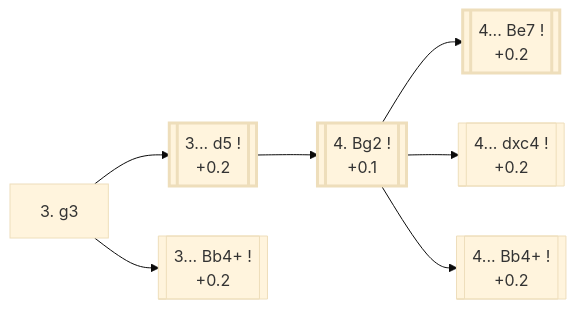
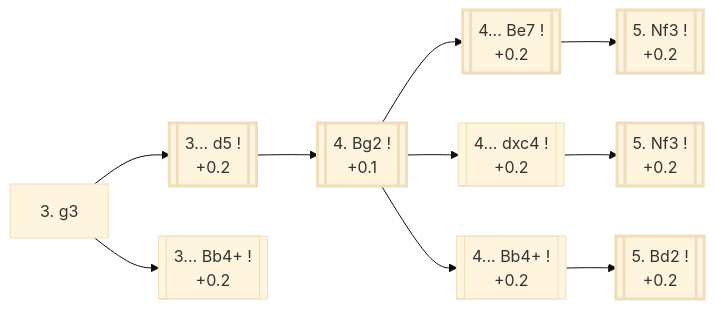
Before and after one commit to onclemarcel/chess_flashcards: the diagram in d4_openings/E00_Catalan.md, drawn with Mermaid (base theme). The commit also changed other lines of this file and 9 other files, not shown here.

````diff
--- a/d4_openings/E00_Catalan.md
+++ b/d4_openings/E00_Catalan.md
@@ -12,22 +12,29 @@
 ```mermaid
 flowchart LR
     classDef main stroke-width:3px;
 
     g3["3. g3"]
     click g3 "#_initial_move_" "E00 · Catalan Opening"
 
     g3 --> d5[["3... d5 !<br/>+0.2"]]:::main
     click d5 "#_d5_" "E00 · Catalan Opening"
     g3 --> Bb4[["3... Bb4+ !<br/>+0.2"]]
     click Bb4 "#_Bb4_" "E00 · Catalan Opening"
 
     d5 --> Bg2[["4. Bg2 !<br/>+0.1"]]:::main
     click Bg2 "#_Bg2_" "E00 · Catalan Opening"
 
     Bg2 --> Be7[["4... Be7 !<br/>+0.2"]]:::main
-    click Be7 "#_Bg2_" "E01 · Catalan Opening: Closed"
+    click Be7 "#_Be7_" "E01 · Catalan Opening: Open Defense"
     Bg2 --> dxc4[["4... dxc4 !<br/>+0.2"]]
-    click dxc4 "#_Bg2_" "E01 · Catalan Opening: Open Defense"
+    click dxc4 "#_dxc4_" "E02 · Catalan Opening: Open Defense"
     Bg2 --> Bb4b[["4... Bb4+ !<br/>+0.2"]]
-    click Bb4b "#_Bg2_" "E01 · Catalan Opening: Open Defense"
+    click Bb4b "#_Bb4c_" "E01 · Catalan Opening: Open Defense"
+
+    Be7 --> Nf3c[["5. Nf3 !<br/>+0.2"]]:::main
+    click Nf3c "#_Be7_" "E01 · Catalan Opening: Open Defense"
+    dxc4 --> Nf3o[["5. Nf3 !<br/>+0.2"]]:::main
+    click Nf3o "#_dxc4_" "E02 · Catalan Opening: Open Defense"
+    Bb4b --> Bd2c[["5. Bd2 !<br/>+0.2"]]:::main
+    click Bd2c "#_Bb4c_" "E01 · Catalan Opening: Open Defense"
 ```
````
